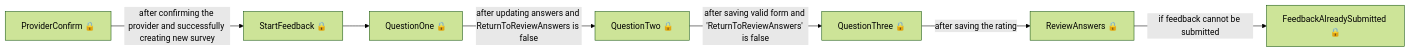
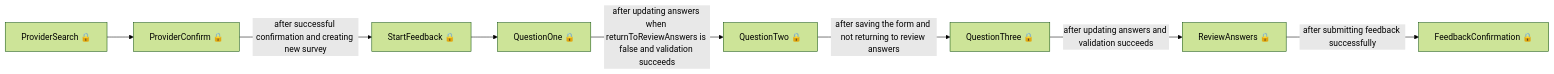
The fourth of 4 diagrams in das-employer-feedback-web/user-journeys/user-journeys.md (talentconsulting/atlas-dfe), drawn with Mermaid (forest theme) before and after one commit. The commit also changed other lines of this file and 22 other files, not shown here.

````diff
--- a/das-employer-feedback-web/user-journeys/user-journeys.md
+++ b/das-employer-feedback-web/user-journeys/user-journeys.md
@@ -43,9 +62,10 @@
 ```mermaid
 flowchart LR
-  p0["ProviderConfirm 🔒"] -->|"after confirming the provider and successfully creating new survey"| p1["StartFeedback 🔒"]
-  p1["StartFeedback 🔒"] --> p2["QuestionOne 🔒"]
-  p2["QuestionOne 🔒"] -->|"after updating answers and ReturnToReviewAnswers is false"| p3["QuestionTwo 🔒"]
-  p3["QuestionTwo 🔒"] -->|"after saving valid form and 'ReturnToReviewAnswers' is false"| p4["QuestionThree 🔒"]
-  p4["QuestionThree 🔒"] -->|"after saving the rating"| p5["ReviewAnswers 🔒"]
-  p5["ReviewAnswers 🔒"] -->|"if feedback cannot be submitted"| p6["FeedbackAlreadySubmitted 🔒"]
+  p0["ProviderSearch 🔒"] --> p1["ProviderConfirm 🔒"]
+  p1["ProviderConfirm 🔒"] -->|"after successful confirmation and creating new survey"| p2["StartFeedback 🔒"]
+  p2["StartFeedback 🔒"] --> p3["QuestionOne 🔒"]
+  p3["QuestionOne 🔒"] -->|"after updating answers when returnToReviewAnswers is false and validation succeeds"| p4["QuestionTwo 🔒"]
+  p4["QuestionTwo 🔒"] -->|"after saving the form and not returning to review answers"| p5["QuestionThree 🔒"]
+  p5["QuestionThree 🔒"] -->|"after updating answers and validation succeeds"| p6["ReviewAnswers 🔒"]
+  p6["ReviewAnswers 🔒"] -->|"after submitting feedback successfully"| p7["FeedbackConfirmation 🔒"]
 ```
````
